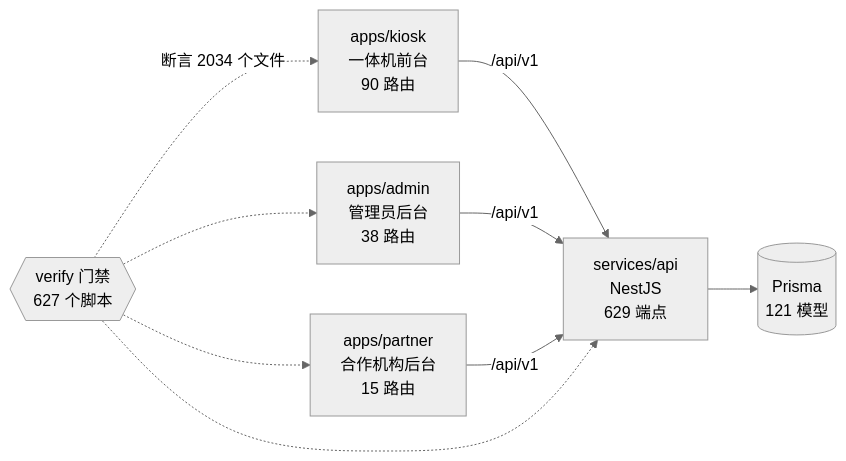
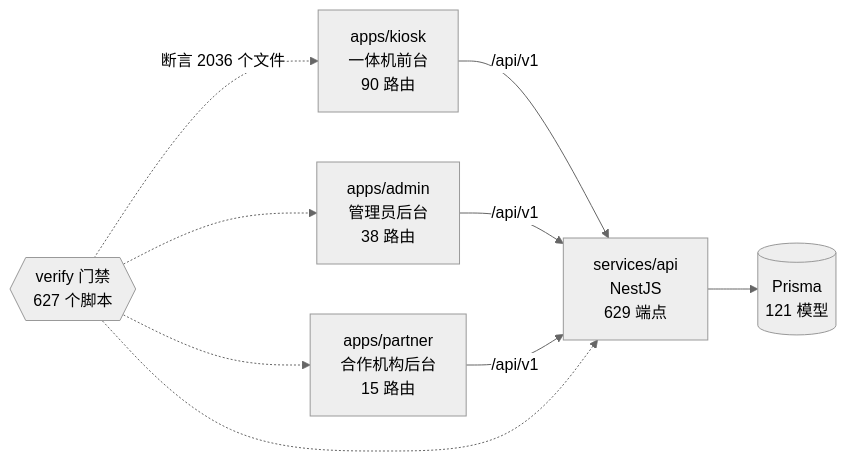
The diagram in docs/graph/README.md (wanglei581/YITIJI), drawn with Mermaid (neutral theme) before and after one commit. The commit also changed other lines of this file and 2 other files, not shown here.

Commit message:
图谱重出（generate-project-graph --check 通过）

````diff
--- a/docs/graph/README.md
+++ b/docs/graph/README.md
@@ -68,18 +68,18 @@
 ```mermaid
 flowchart LR
   kiosk["apps/kiosk<br/>一体机前台<br/>90 路由"]
   admin["apps/admin<br/>管理员后台<br/>38 路由"]
   partner["apps/partner<br/>合作机构后台<br/>15 路由"]
   api["services/api<br/>NestJS<br/>629 端点"]
   db[("Prisma<br/>121 模型")]
   gates{{"verify 门禁<br/>627 个脚本"}}
 
   kiosk -->|"/api/v1"| api
   admin -->|"/api/v1"| api
   partner -->|"/api/v1"| api
   api --> db
-  gates -.->|"断言 2034 个文件"| kiosk
+  gates -.->|"断言 2036 个文件"| kiosk
   gates -.-> admin
   gates -.-> partner
   gates -.-> api
 ```
````
